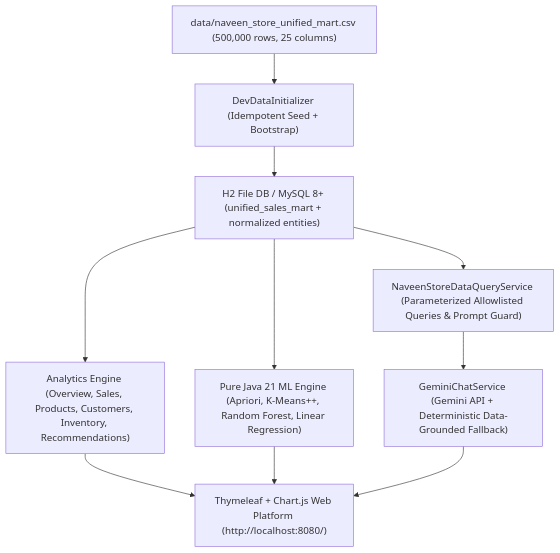
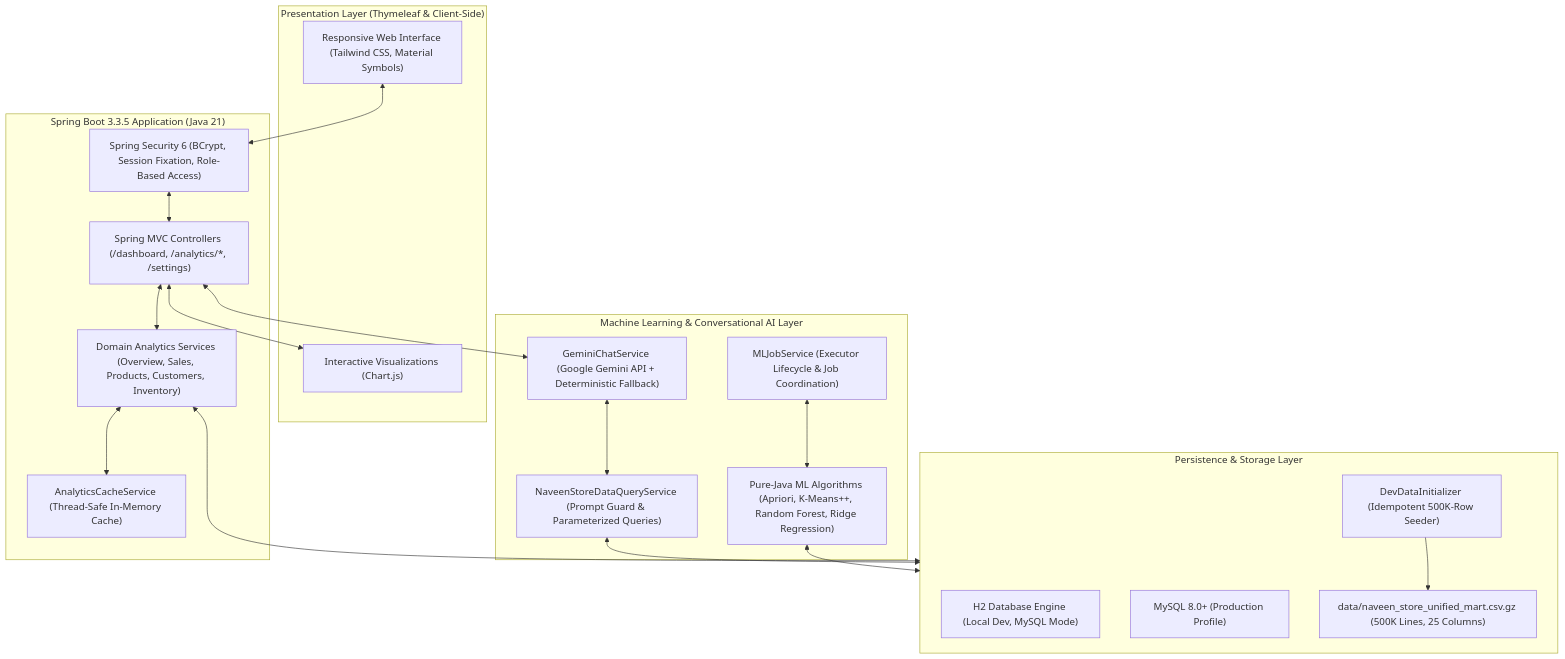
One commit to Sujalkan07/Sankhya changed the first of 3 diagrams in README.md. Above: the diagram before and after it, drawn with Mermaid. The commit also changed other lines of this file and 17 other files, not shown here.

````diff
--- a/README.md
+++ b/README.md
@@ -39,12 +65,42 @@
 ```mermaid
 flowchart TD
-    CSV["data/naveen_store_unified_mart.csv (500,000 rows, 25 columns)"] --> Init["DevDataInitializer (Idempotent Seed + Bootstrap)"]
-    Init --> DB["H2 File DB / MySQL 8+ (unified_sales_mart + normalized entities)"]
-    DB --> BI["Analytics Engine (Overview, Sales, Products, Customers, Inventory, Recommendations)"]
-    DB --> ML["Pure Java 21 ML Engine (Apriori, K-Means++, Random Forest, Linear Regression)"]
-    DB --> AIQuery["NaveenStoreDataQueryService (Parameterized Allowlisted Queries & Prompt Guard)"]
-    AIQuery --> Gemini["GeminiChatService (Gemini API + Deterministic Data-Grounded Fallback)"]
-    BI --> UI["Thymeleaf + Chart.js Web Platform (http://localhost:8080/)"]
-    ML --> UI
-    Gemini --> UI
+    subgraph UI ["Presentation Layer (Thymeleaf & Client-Side)"]
+        Browser["Responsive Web Interface (Tailwind CSS, Material Symbols)"]
+        Charts["Interactive Visualizations (Chart.js)"]
+    end
+
+    subgraph SpringApp ["Spring Boot 3.3.5 Application (Java 21)"]
+        Security["Spring Security 6 (BCrypt, Session Fixation, Role-Based Access)"]
+        Controllers["Spring MVC Controllers (/dashboard, /analytics/*, /settings)"]
+        Cache["AnalyticsCacheService (Thread-Safe In-Memory Cache)"]
+        Services["Domain Analytics Services (Overview, Sales, Products, Customers, Inventory)"]
+    end
+
+    subgraph Intelligence ["Machine Learning & Conversational AI Layer"]
+        MLJobs["MLJobService (Executor Lifecycle & Job Coordination)"]
+        MLModels["Pure-Java ML Algorithms (Apriori, K-Means++, Random Forest, Ridge Regression)"]
+        QueryLayer["NaveenStoreDataQueryService (Prompt Guard & Parameterized Queries)"]
+        GeminiService["GeminiChatService (Google Gemini API + Deterministic Fallback)"]
+    end
+
+    subgraph DataLayer ["Persistence & Storage Layer"]
+        Init["DevDataInitializer (Idempotent 500K-Row Seeder)"]
+        H2["H2 Database Engine (Local Dev, MySQL Mode)"]
+        MySQL["MySQL 8.0+ (Production Profile)"]
+        CSV["data/naveen_store_unified_mart.csv.gz (500K Lines, 25 Columns)"]
+    end
+
+    Browser <--> Security
+    Security <--> Controllers
+    Controllers <--> Services
+    Controllers <--> Charts
+    Services <--> Cache
+    Services <--> DataLayer
+    Controllers <--> GeminiService
+    GeminiService <--> QueryLayer
+    QueryLayer <--> DataLayer
+    MLJobs <--> MLModels
+    MLModels <--> DataLayer
+    Init --> CSV
+    Init --> DataLayer
 ```
````
